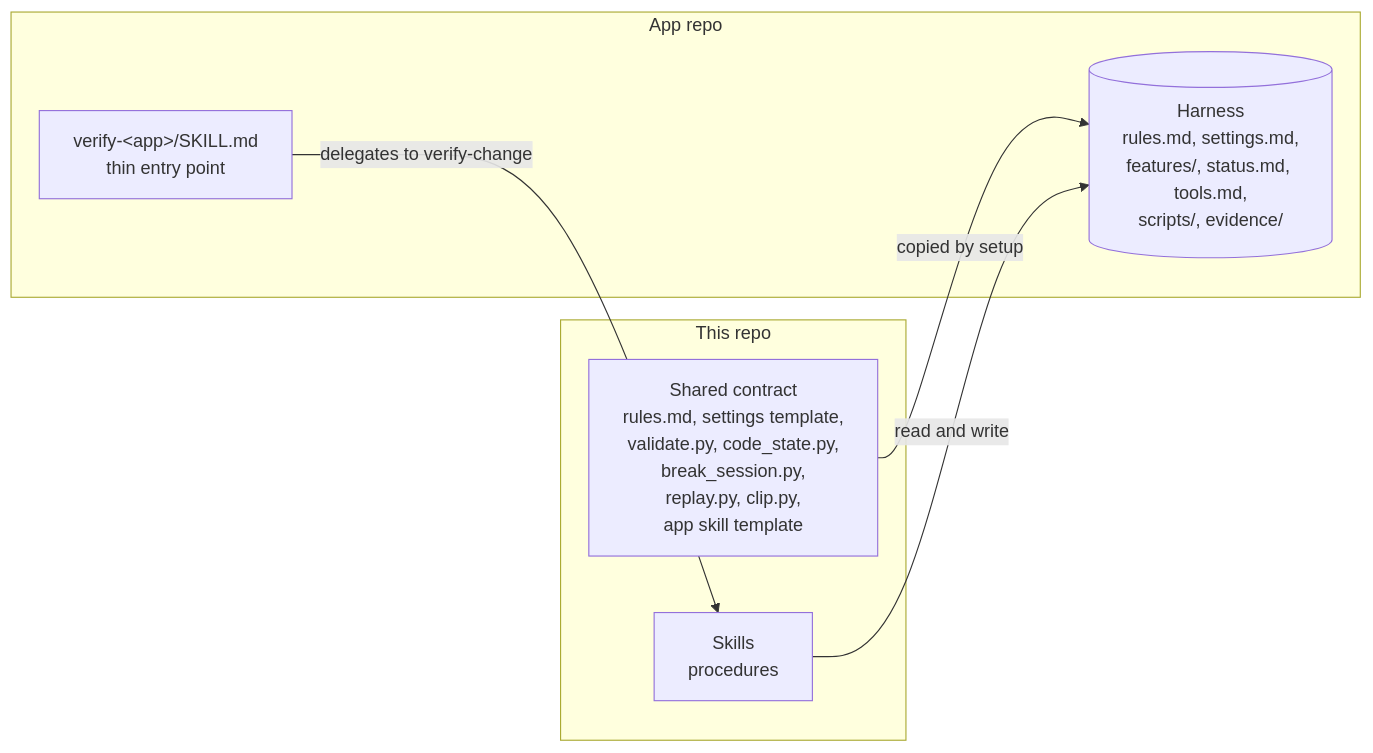
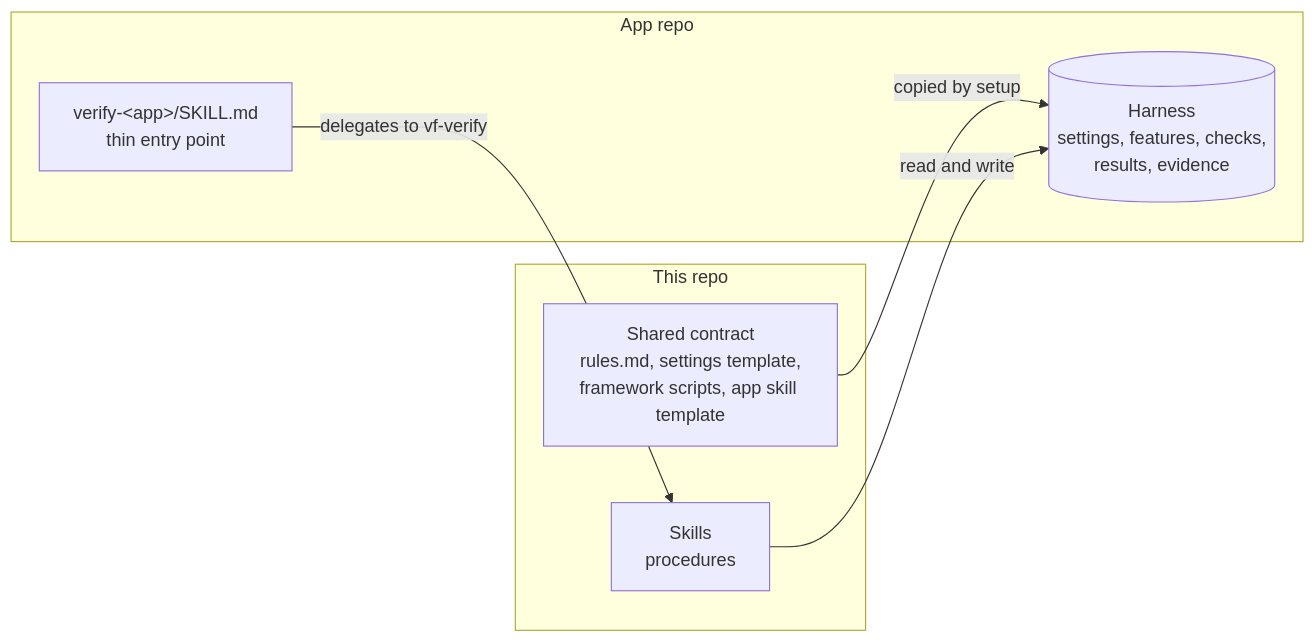
One commit to kennymatsudo/verification-framework changed the first of 2 diagrams in docs/architecture.md. Above: the diagram before and after it, drawn with Mermaid. The commit also changed other lines of this file and 146 other files, not shown here.

````diff
--- a/docs/architecture.md
+++ b/docs/architecture.md
@@ -9,14 +9,14 @@
 ```mermaid
 flowchart LR
   subgraph framework[This repo]
     skills[Skills<br/>procedures]
-    contract[Shared contract<br/>rules.md, settings template,<br/>validate.py, code_state.py,<br/>break_session.py,<br/>replay.py, clip.py,<br/>app skill template]
+    contract[Shared contract<br/>rules.md, settings template,<br/>framework scripts, app skill template]
   end
   subgraph app[App repo]
     entry[verify-&lt;app&gt;/SKILL.md<br/>thin entry point]
-    harness[(Harness<br/>rules.md, settings.md,<br/>features/, status.md, tools.md,<br/>scripts/, evidence/)]
+    harness[(Harness<br/>settings, features, checks,<br/>results, evidence)]
   end
   contract -->|copied by setup| harness
   skills -->|read and write| harness
-  entry -->|delegates to verify-change| skills
+  entry -->|delegates to vf-verify| skills
 ```
````
